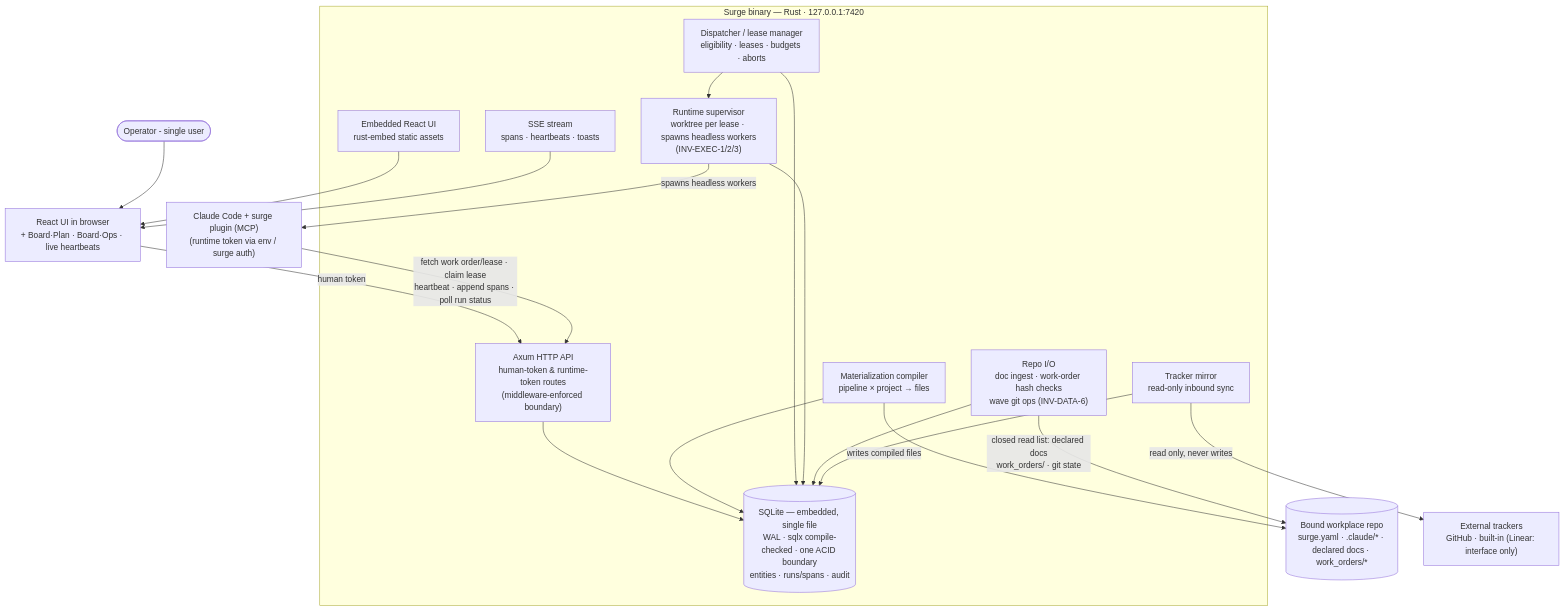
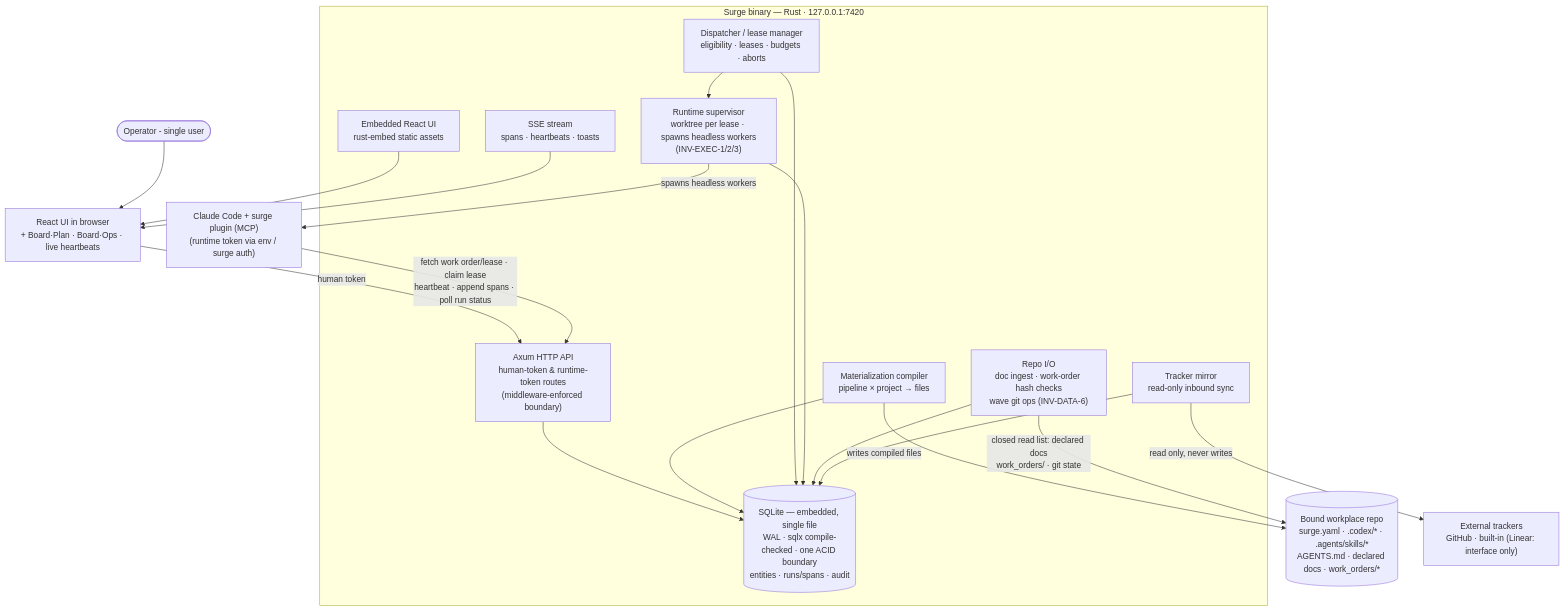
One commit to traitbound/surge changed the diagram in docs/phases/phase-2/phase.md. Above: the diagram before and after it, drawn with Mermaid. The commit also changed 22 other files, not shown here.

````diff
--- a/docs/phases/phase-2/phase.md
+++ b/docs/phases/phase-2/phase.md
@@ -53,38 +53,38 @@
 ```mermaid
 graph TB
     operator([Operator - single user])
 
     subgraph binary["Surge binary — Rust · 127.0.0.1:7420"]
         api["Axum HTTP API<br/>human-token & runtime-token routes<br/>(middleware-enforced boundary)"]
         db[("SQLite — embedded, single file<br/>WAL · sqlx compile-checked · one ACID boundary<br/>entities · runs/spans · audit")]
         compiler["Materialization compiler<br/>pipeline × project → files"]
         dispatcher["Dispatcher / lease manager<br/>eligibility · leases · budgets · aborts"]
         supervisor["Runtime supervisor<br/>worktree per lease · spawns headless workers<br/>(INV-EXEC-1/2/3)"]
         repoio["Repo I/O<br/>doc ingest · work-order hash checks<br/>wave git ops (INV-DATA-6)"]
         mirror["Tracker mirror<br/>read-only inbound sync"]
         sse["SSE stream<br/>spans · heartbeats · toasts"]
         ui_assets["Embedded React UI<br/>rust-embed static assets"]
     end
 
     browser["React UI in browser<br/>+ Board·Plan · Board·Ops · live heartbeats"]
     runtime["Claude Code + surge plugin (MCP)<br/>(runtime token via env / surge auth)"]
-    repo[("Bound workplace repo<br/>surge.yaml · .claude/* · declared docs · work_orders/*")]
+    repo[("Bound workplace repo<br/>surge.yaml · .codex/* · .agents/skills/*<br/>AGENTS.md · declared docs · work_orders/*")]
     tracker["External trackers<br/>GitHub · built-in (Linear: interface only)"]
 
     operator --> browser
     browser -->|"human token"| api
     ui_assets --> browser
     sse --> browser
     dispatcher --> supervisor
     supervisor -->|"spawns headless workers"| runtime
     runtime -->|"fetch work order/lease · claim lease<br/>heartbeat · append spans · poll run status"| api
     api --> db
     compiler --> db
     dispatcher --> db
     supervisor --> db
     repoio --> db
     mirror --> db
     compiler -->|"writes compiled files"| repo
     repoio -->|"closed read list: declared docs<br/>work_orders/ · git state"| repo
     mirror -->|"read only, never writes"| tracker
 ```
````
